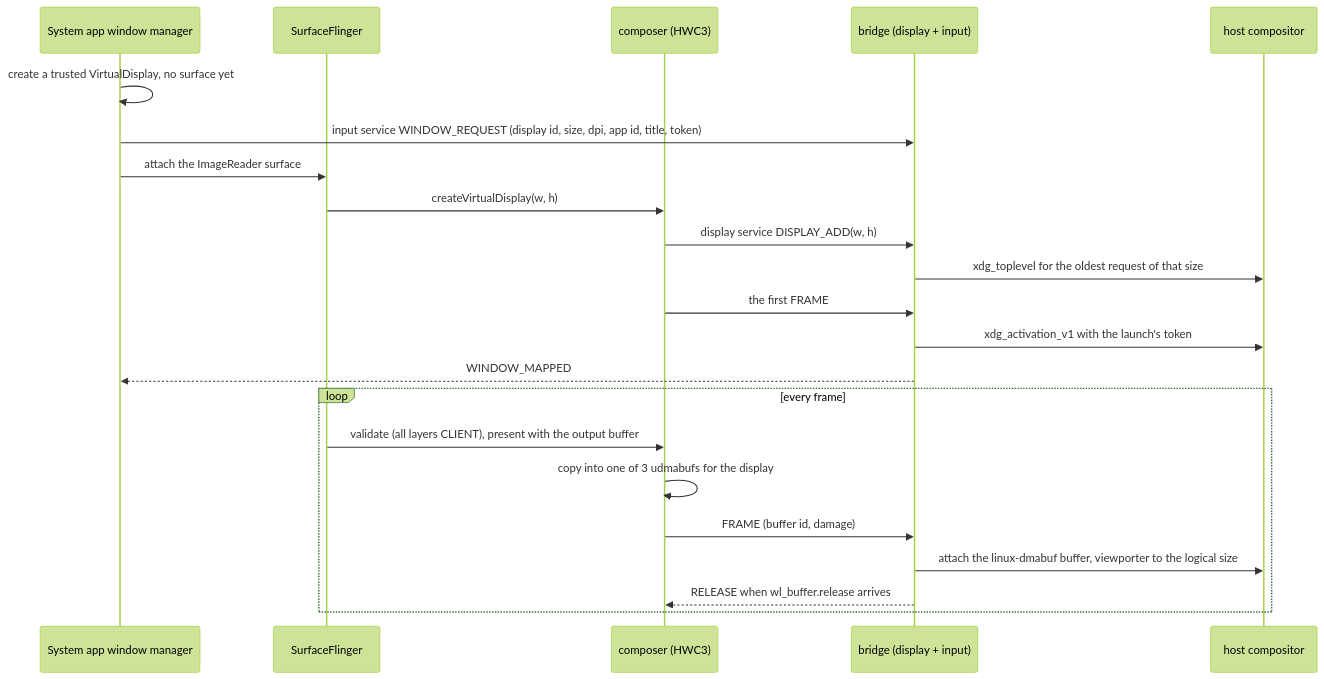
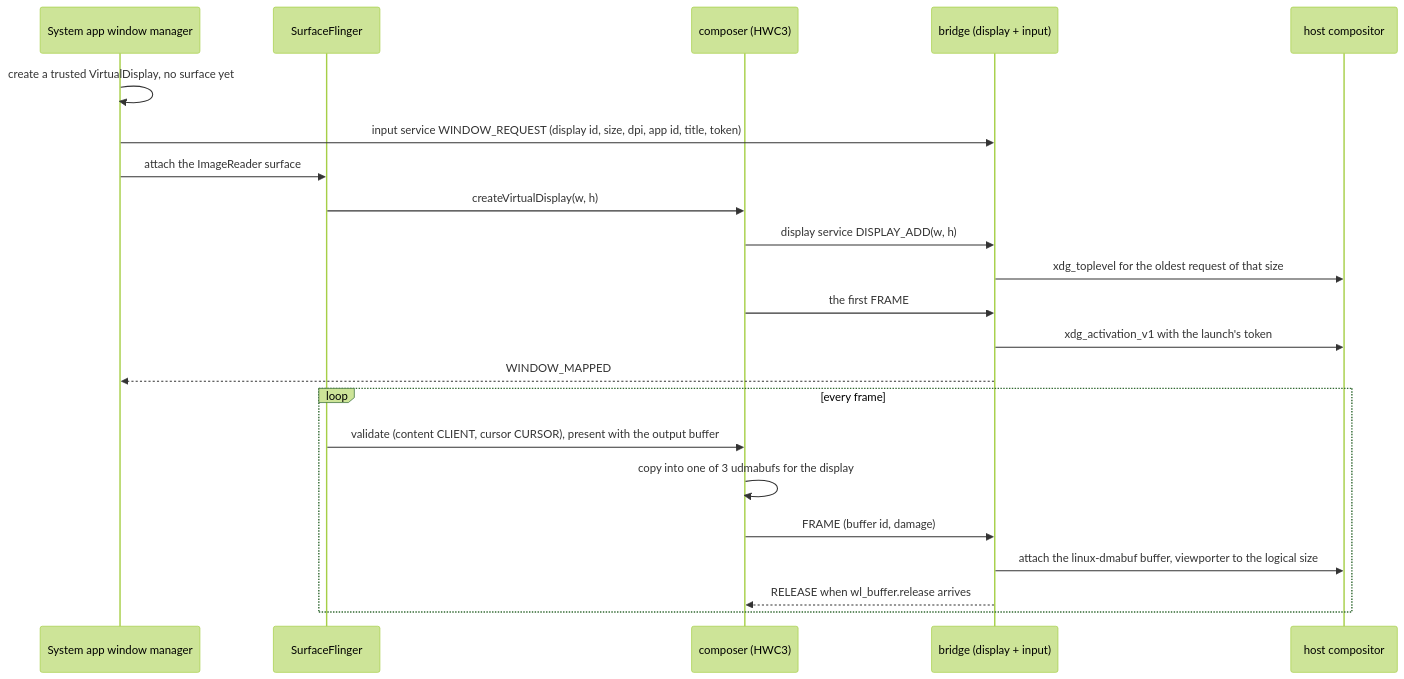
Before and after one commit to sargunv/innkeeper: the first of 2 diagrams in docs/display.md, drawn with Mermaid (forest theme). The commit also changed other lines of this file and 34 other files, not shown here.

````diff
--- a/docs/display.md
+++ b/docs/display.md
@@ -12,24 +12,24 @@
 ```mermaid
 sequenceDiagram
   participant WM as System app window manager
   participant SF as SurfaceFlinger
   participant HWC as composer (HWC3)
   participant BR as bridge (display + input)
   participant WL as host compositor
   WM->>WM: create a trusted VirtualDisplay, no surface yet
   WM->>BR: input service WINDOW_REQUEST (display id, size, dpi, app id, title, token)
   WM->>SF: attach the ImageReader surface
   SF->>HWC: createVirtualDisplay(w, h)
   HWC->>BR: display service DISPLAY_ADD(w, h)
   BR->>WL: xdg_toplevel for the oldest request of that size
   HWC->>BR: the first FRAME
   BR->>WL: xdg_activation_v1 with the launch's token
   BR-->>WM: WINDOW_MAPPED
   loop every frame
-    SF->>HWC: validate (all layers CLIENT), present with the output buffer
+    SF->>HWC: validate (content CLIENT, cursor CURSOR), present with the output buffer
     HWC->>HWC: copy into one of 3 udmabufs for the display
     HWC->>BR: FRAME (buffer id, damage)
     BR->>WL: attach the linux-dmabuf buffer, viewporter to the logical size
     BR-->>HWC: RELEASE when wl_buffer.release arrives
   end
 ```
````
